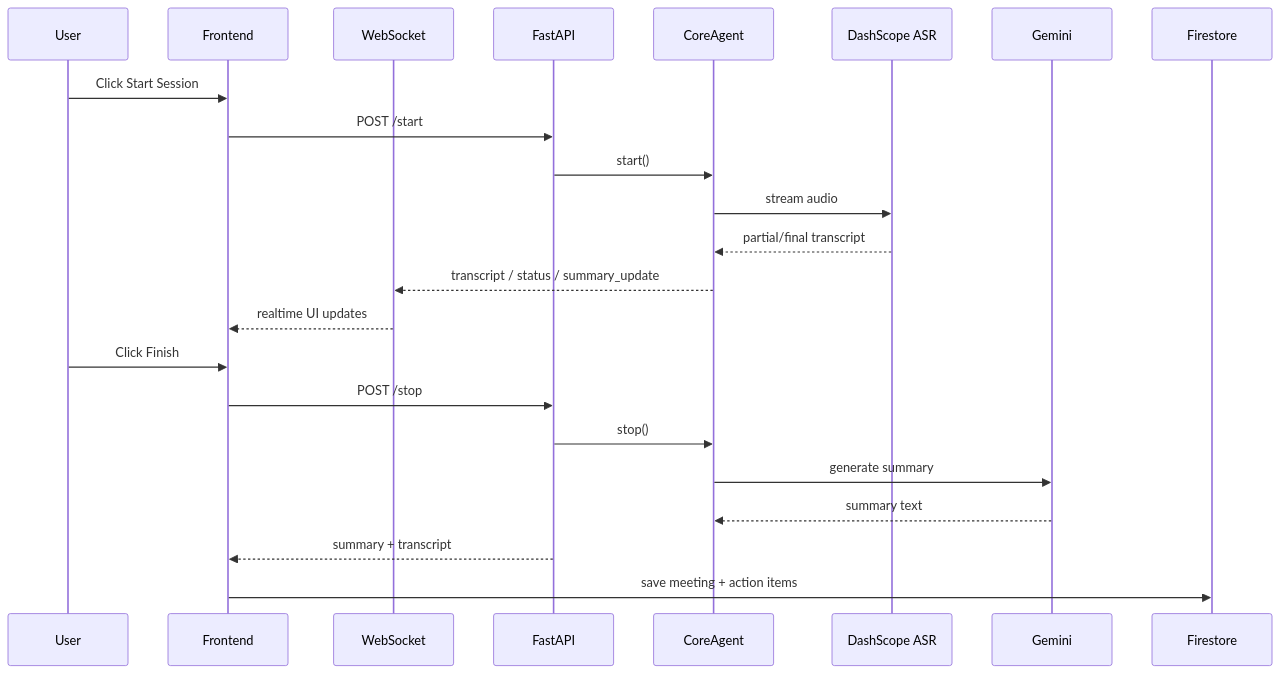
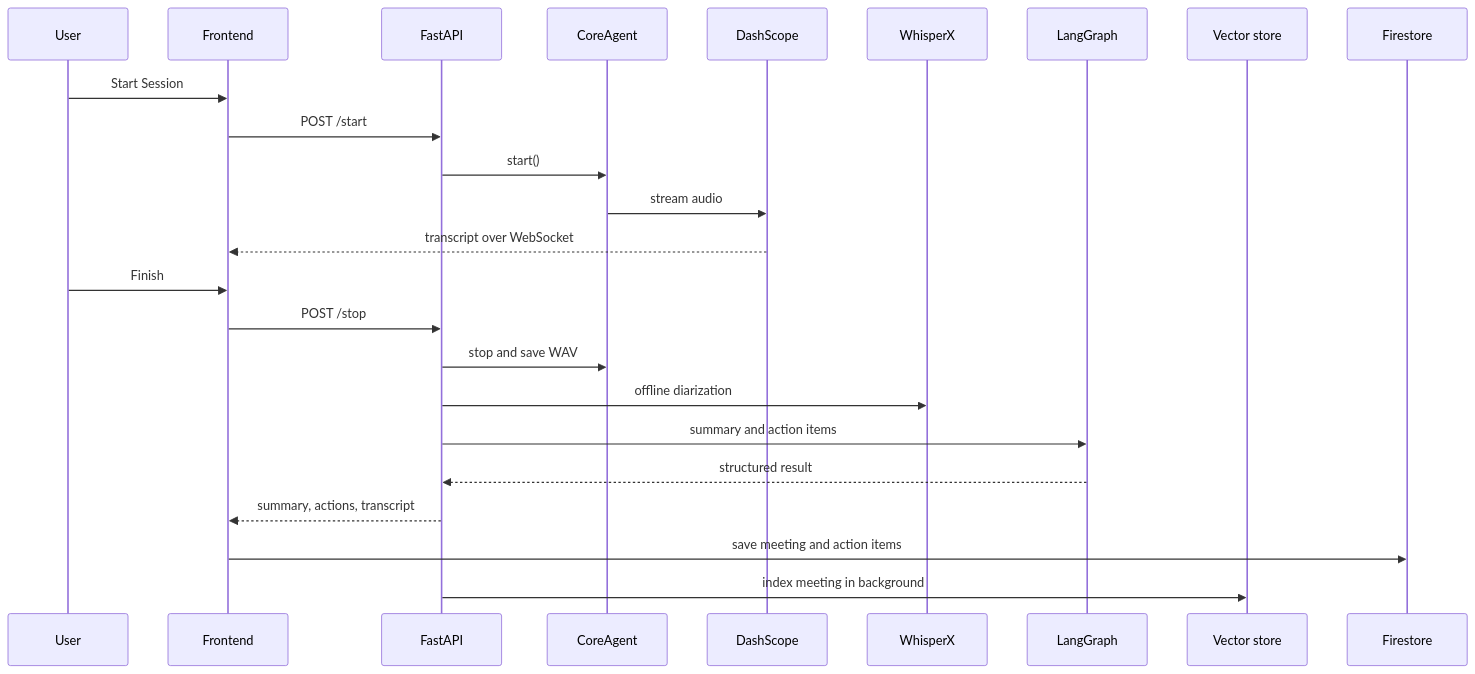
Before and after one commit to diandoudou/Meet-Mind: the second of 2 diagrams in README.md, drawn with Mermaid. The commit also changed other lines of this file, not shown here.

First line of the commit message:
docs: describe RAG, diarization, and the post-meeting pipeline

````diff
--- a/README.md
+++ b/README.md
@@ -81,27 +108,28 @@
 ```mermaid
 sequenceDiagram
 	participant U as User
 	participant FE as Frontend
-	participant WS as WebSocket
 	participant API as FastAPI
 	participant CORE as CoreAgent
-	participant ASR as DashScope ASR
-	participant GEM as Gemini
+	participant ASR as DashScope
+	participant DIAR as WhisperX
+	participant GRAPH as LangGraph
+	participant RAG as Vector store
 	participant DB as Firestore
 
-	U->>FE: Click Start Session
+	U->>FE: Start Session
 	FE->>API: POST /start
 	API->>CORE: start()
 	CORE->>ASR: stream audio
-	ASR-->>CORE: partial/final transcript
-	CORE-->>WS: transcript / status / summary_update
-	WS-->>FE: realtime UI updates
+	ASR-->>FE: transcript over WebSocket
 
-	U->>FE: Click Finish
+	U->>FE: Finish
 	FE->>API: POST /stop
-	API->>CORE: stop()
-	CORE->>GEM: generate summary
-	GEM-->>CORE: summary text
-	API-->>FE: summary + transcript
-	FE->>DB: save meeting + action items
+	API->>CORE: stop and save WAV
+	API->>DIAR: offline diarization
+	API->>GRAPH: summary and action items
+	GRAPH-->>API: structured result
+	API-->>FE: summary, actions, transcript
+	FE->>DB: save meeting and action items
+	API->>RAG: index meeting in background
 ```
````
